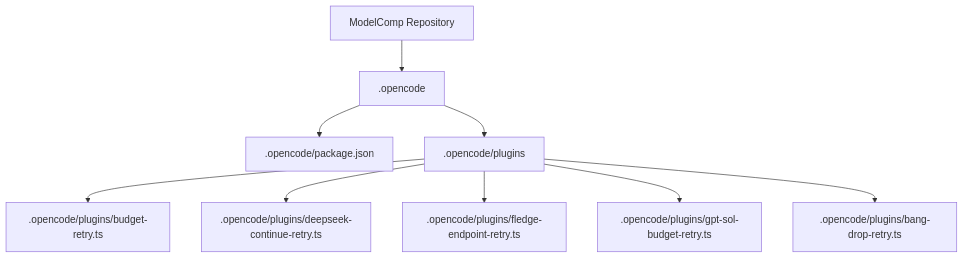
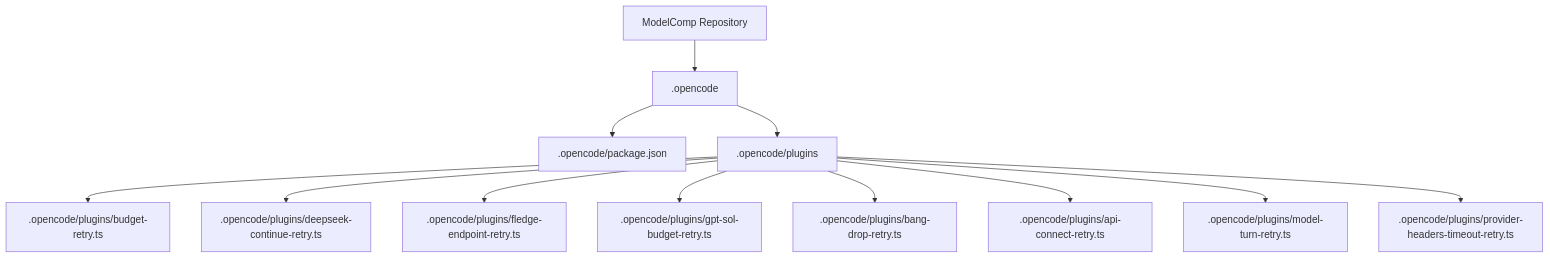
The first of 12 diagrams in .qoder/repowiki/en/content/Architecture Overview/OpenCode Plugin Ecosystem.md (delirium-dj/modelcomp), drawn with Mermaid before and after one commit. The commit also changed other lines of this file and 132 other files, not shown here.

````diff
--- a/.qoder/repowiki/en/content/Architecture Overview/OpenCode Plugin Ecosystem.md
+++ b/.qoder/repowiki/en/content/Architecture Overview/OpenCode Plugin Ecosystem.md
@@ -37,20 +48,26 @@
 ```mermaid
 graph TB
 Root["ModelComp Repository"]
 OpenCode[".opencode"]
 Package[".opencode/package.json"]
 Plugins[".opencode/plugins"]
 BudgetRetry[".opencode/plugins/budget-retry.ts"]
 DeepseekRetry[".opencode/plugins/deepseek-continue-retry.ts"]
 FledgeRetry[".opencode/plugins/fledge-endpoint-retry.ts"]
 GptSolRetry[".opencode/plugins/gpt-sol-budget-retry.ts"]
 BangDropRetry[".opencode/plugins/bang-drop-retry.ts"]
+ApiConnectRetry[".opencode/plugins/api-connect-retry.ts"]
+ModelTurnRetry[".opencode/plugins/model-turn-retry.ts"]
+ProviderHeadersTimeout[".opencode/plugins/provider-headers-timeout-retry.ts"]
 Root --> OpenCode
 OpenCode --> Package
 OpenCode --> Plugins
 Plugins --> BudgetRetry
 Plugins --> DeepseekRetry
 Plugins --> FledgeRetry
 Plugins --> GptSolRetry
 Plugins --> BangDropRetry
+Plugins --> ApiConnectRetry
+Plugins --> ModelTurnRetry
+Plugins --> ProviderHeadersTimeout
 ```
````
